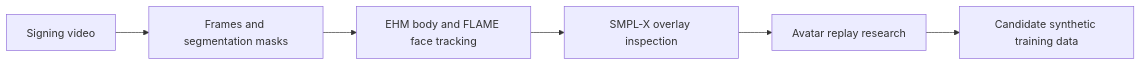
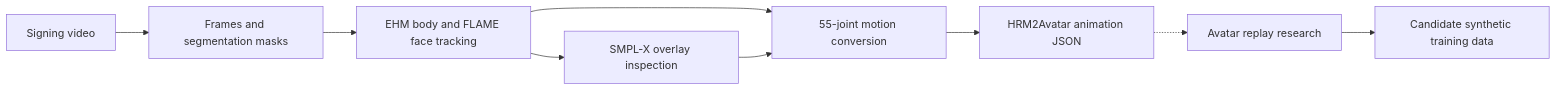
Before and after one commit to yf2685-beep/sign-language-avatar-augmentation: the diagram in README.md, drawn with Mermaid. The commit also changed other lines of this file, not shown here.

Commit message:
docs: document EHM motion conversion and verified output structure [skip ci]

````diff
--- a/README.md
+++ b/README.md
@@ -11,8 +11,11 @@
 ```mermaid
 flowchart LR
     V[Signing video] --> F[Frames and segmentation masks]
     F --> T[EHM body and FLAME face tracking]
     T --> P[SMPL-X overlay inspection]
-    P --> A[Avatar replay research]
+    T --> C[55-joint motion conversion]
+    P --> C
+    C --> J[HRM2Avatar animation JSON]
+    J -.-> A[Avatar replay research]
     A --> D[Candidate synthetic training data]
 ```
````
